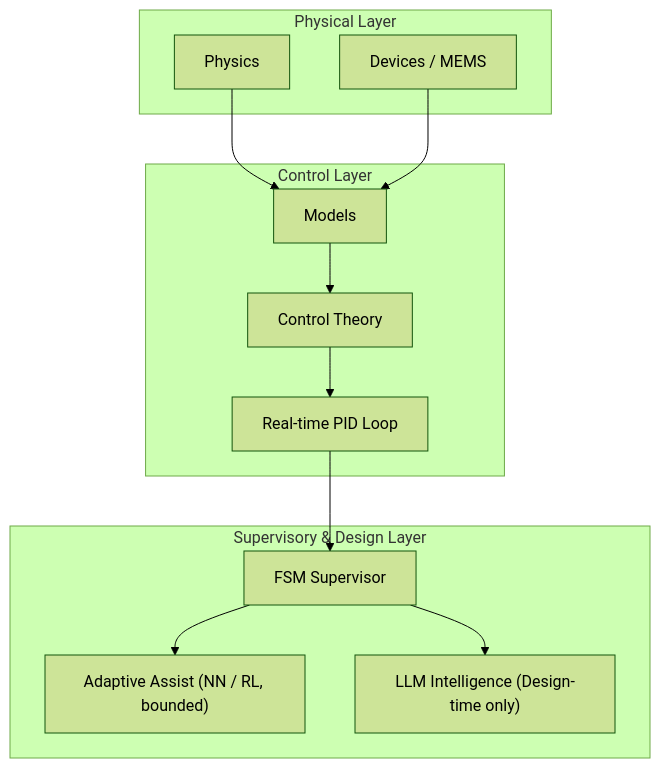
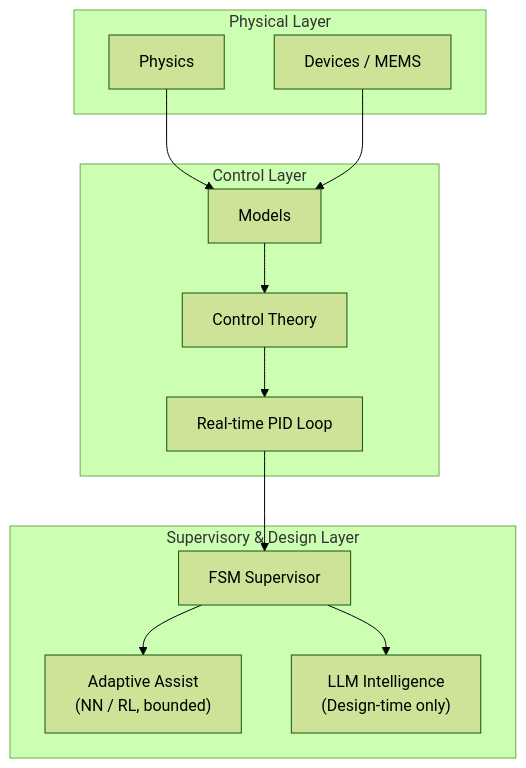
One commit to Samizo-AITL/Samizo-AITL.github.io changed the first of 2 diagrams in portal/index.md. Above: the diagram before and after it, drawn with Mermaid (forest theme). The commit also changed other lines of this file, not shown here.

````diff
--- a/portal/index.md
+++ b/portal/index.md
@@ -60,26 +60,26 @@
 ```mermaid
 flowchart TB
   %% ===== Physical Layer =====
   subgraph Physical["Physical Layer"]
     P1["Physics"]
     P2["Devices / MEMS"]
   end
 
   %% ===== Control Layer =====
   subgraph Control["Control Layer"]
     M["Models"]
     C["Control Theory"]
     R["Real-time PID Loop"]
   end
 
   %% ===== Supervisory & Design Layer =====
   subgraph Supervisory["Supervisory & Design Layer"]
     S["FSM Supervisor"]
-    A["Adaptive Assist (NN / RL, bounded)"]
-    I["LLM Intelligence (Design-time only)"]
+    A["Adaptive Assist<br/>(NN / RL, bounded)"]
+    I["LLM Intelligence<br/>(Design-time only)"]
   end
 
   %% ===== Flow =====
   P1 & P2 --> M --> C --> R --> S --> A
   S --> I
 ```
````
